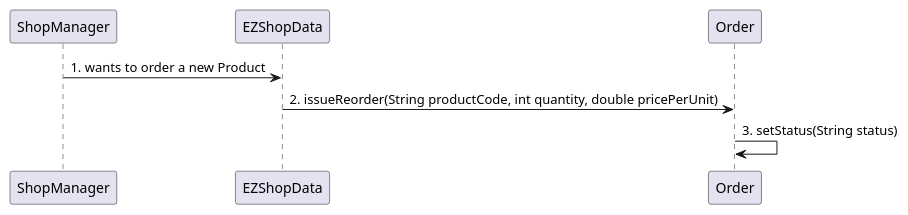
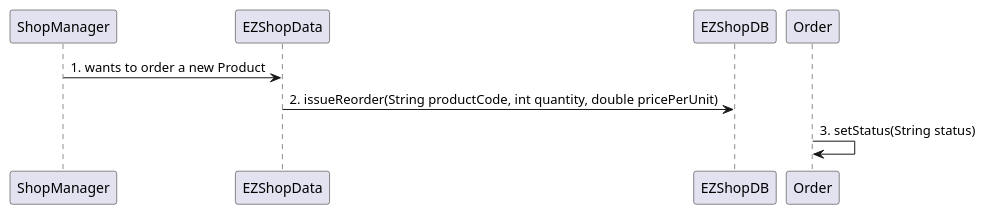
Before and after one commit to djemar/softeng_ezshop: the ninth of 31 diagrams in Deliverables/DesignDocument.md, drawn with PlantUML. The commit also changed other lines of this file, not shown here.

Commit message:
modified Verification sequence diagrams

````diff
--- a/Deliverables/DesignDocument.md
+++ b/Deliverables/DesignDocument.md
@@ -328,5 +331,5 @@
 ```plantuml
 "ShopManager" -> "EZShopData": 1. wants to order a new Product
-"EZShopData" -> "Order" : 2. issueReorder(String productCode, int quantity, double pricePerUnit)
+"EZShopData" -> "EZShopDB" : 2. issueReorder(String productCode, int quantity, double pricePerUnit)
 "Order" -> "Order" : 3. setStatus(String status)
 ```
````
